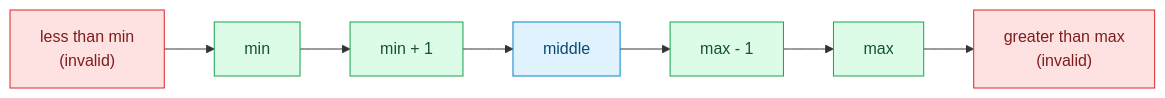
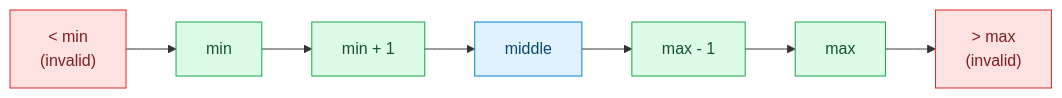
Before and after one commit to HusinHakim/blog-husin: the second of 3 diagrams in content/post/tdd-not-theory-but-experience.md, drawn with Mermaid. The commit also changed other lines of this file, not shown here.

```diff
--- a/content/post/tdd-not-theory-but-experience.md
+++ b/content/post/tdd-not-theory-but-experience.md
@@ -110,13 +108,8 @@
 {{< mermaid >}}
 flowchart LR
-    I1["less than min<br/>(invalid)"]:::inv --> B1["min"]:::bnd
-    B1 --> B2["min + 1"]:::bnd
-    B2 --> M["middle"]:::mid
-    M --> B4["max - 1"]:::bnd
-    B4 --> B5["max"]:::bnd
-    B5 --> I2["greater than max<br/>(invalid)"]:::inv
+    I1["< min<br/>(invalid)"]:::inv --> B1["min"]:::bnd --> B2["min + 1"]:::bnd --> M["middle"]:::mid --> B4["max - 1"]:::bnd --> B5["max"]:::bnd --> I2["> max<br/>(invalid)"]:::inv
 
     classDef inv fill:#fee2e2,stroke:#dc2626,color:#7f1d1d
     classDef bnd fill:#dcfce7,stroke:#16a34a,color:#14532d
     classDef mid fill:#e0f2fe,stroke:#0284c7,color:#0c4a6e
 {{< /mermaid >}}
```
